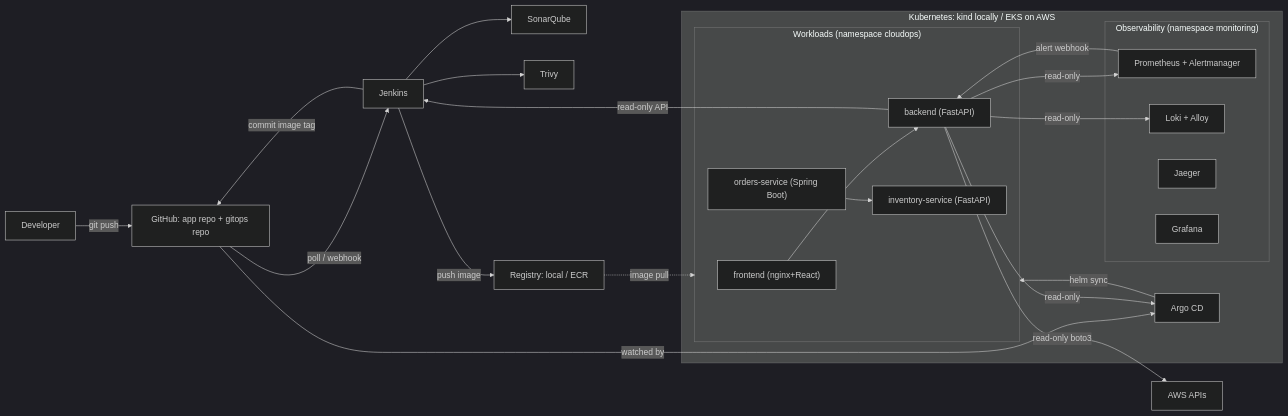
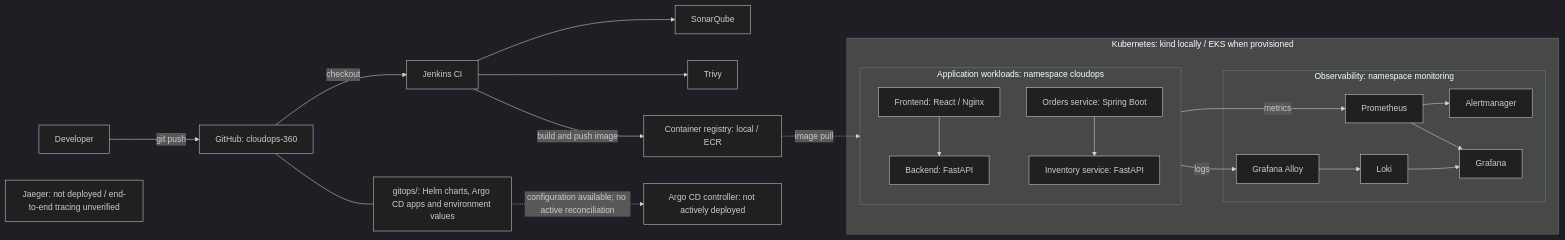
The first of 4 diagrams in docs/architecture.md (kantamnenimanusha/cloudops-360), drawn with Mermaid (dark theme) before and after one commit. The commit also changed other lines of this file and 49 other files, not shown here.

Commit message:
docs: consolidate GitOps configuration and update project documentation

````diff
--- a/docs/architecture.md
+++ b/docs/architecture.md
@@ -4,28 +7,40 @@
 ```mermaid
 flowchart LR
-    DEV["Developer"] -->|git push| GH["GitHub: app repo + gitops repo"]
-    GH -->|poll / webhook| JK["Jenkins"]
+    DEV["Developer"] -->|git push| GH["GitHub: cloudops-360"]
+    GH --- GITOPS["gitops/: Helm charts, Argo CD apps and environment values"]
+
+    GH -->|checkout| JK["Jenkins CI"]
     JK --> SQ["SonarQube"]
     JK --> TV["Trivy"]
-    JK -->|push image| REG["Registry: local / ECR"]
-    JK -->|commit image tag| GH
-    GH -->|watched by| ARGO["Argo CD"]
-    subgraph K8S["Kubernetes: kind locally / EKS on AWS"]
-        ARGO -->|helm sync| WL
-        subgraph WL["Workloads (namespace cloudops)"]
-            FE["frontend (nginx+React)"] --> BE["backend (FastAPI)"]
-            ORD["orders-service (Spring Boot)"] --> INV["inventory-service (FastAPI)"]
+    JK -->|build and push image| REG["Container registry: local / ECR"]
+
+    subgraph K8S["Kubernetes: kind locally / EKS when provisioned"]
+        subgraph WL["Application workloads: namespace cloudops"]
+            FE["Frontend: React / Nginx"] --> BE["Backend: FastAPI"]
+            ORD["Orders service: Spring Boot"] --> INV["Inventory service: FastAPI"]
         end
-        subgraph OBS["Observability (namespace monitoring)"]
-            PROM["Prometheus + Alertmanager"]
-            LOKI["Loki + Alloy"]
-            JAEG["Jaeger"]
+
+        subgraph OBS["Observability: namespace monitoring"]
+            PROM["Prometheus"]
+            AM["Alertmanager"]
+            ALLOY["Grafana Alloy"]
+            LOKI["Loki"]
             GRAF["Grafana"]
         end
+
+        WL -->|metrics| PROM
+        WL -->|logs| ALLOY
+        ALLOY --> LOKI
+        PROM --> GRAF
+        LOKI --> GRAF
+        PROM --> AM
     end
+
     REG -.->|image pull| WL
-    BE -->|read-only| PROM & LOKI & ARGO
-    BE -->|read-only API| JK
-    BE -->|read-only boto3| AWS["AWS APIs"]
-    PROM -->|alert webhook| BE
+
+    ARGO["Argo CD controller: not actively deployed"]
+    GITOPS -.->|configuration available; no active reconciliation| ARGO
+
+    JAEG["Jaeger: not deployed / end-to-end tracing unverified"]
+
 ```
````
